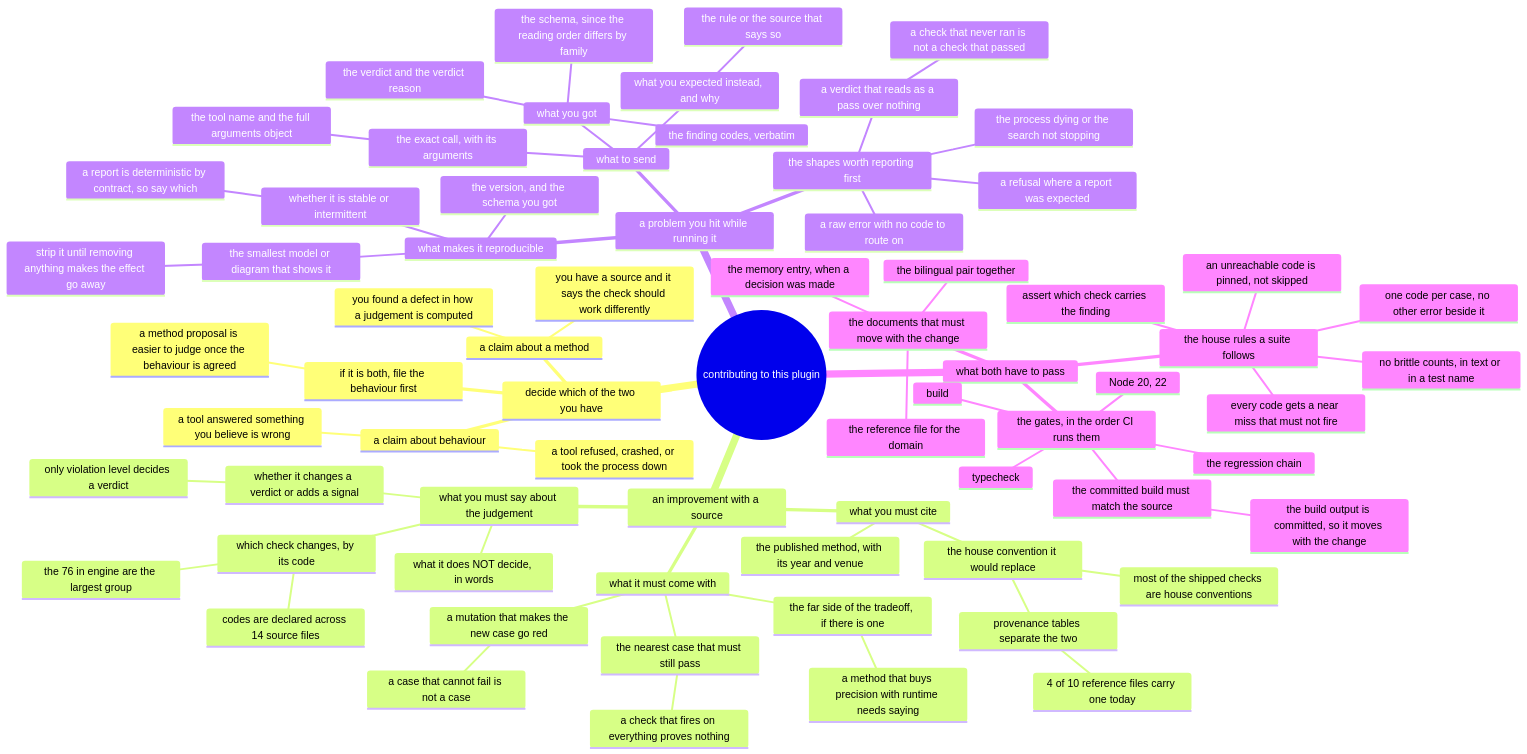
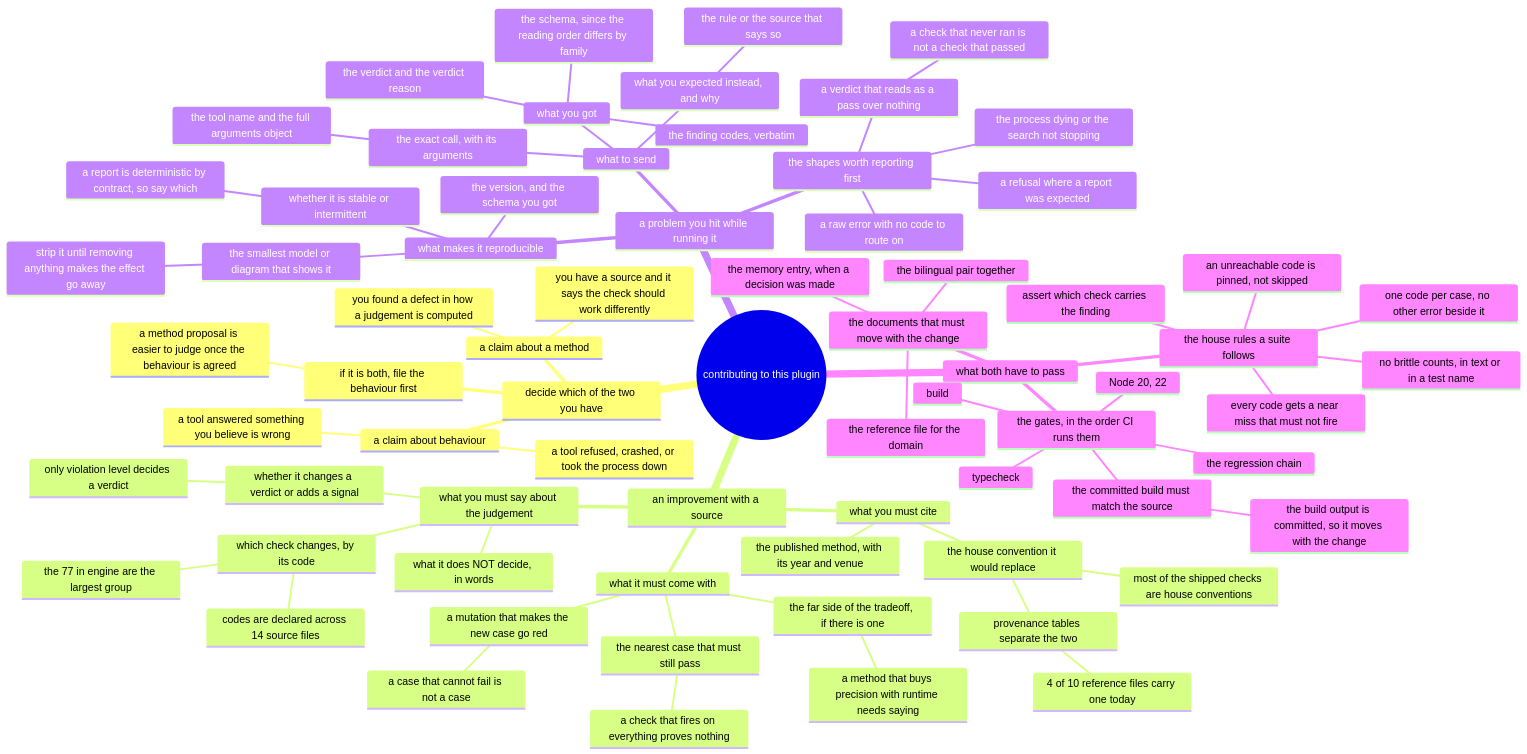
Before and after one commit to AmethystLuna/dsh-model-everything: the diagram in docs/contributing/mindmap.mmd, drawn with Mermaid. The commit also changed 4 other files, not shown here.

```diff
--- a/docs/contributing/mindmap.mmd
+++ b/docs/contributing/mindmap.mmd
@@ -1,72 +1,72 @@
 mindmap
 root((contributing to this plugin))
   decide which of the two you have
     a claim about a method
       you have a source and it says the check should work differently
       you found a defect in how a judgement is computed
     a claim about behaviour
       a tool answered something you believe is wrong
       a tool refused, crashed, or took the process down
     if it is both, file the behaviour first
       a method proposal is easier to judge once the behaviour is agreed
   an improvement with a source
     what you must cite
       the published method, with its year and venue
       the house convention it would replace
         provenance tables separate the two
           4 of 10 reference files carry one today
         most of the shipped checks are house conventions
     what you must say about the judgement
       which check changes, by its code
         codes are declared across 14 source files
-        the 76 in engine are the largest group
+        the 77 in engine are the largest group
       whether it changes a verdict or adds a signal
         only violation level decides a verdict
       what it does NOT decide, in words
     what it must come with
       the nearest case that must still pass
         a check that fires on everything proves nothing
       a mutation that makes the new case go red
         a case that cannot fail is not a case
       the far side of the tradeoff, if there is one
         a method that buys precision with runtime needs saying
   a problem you hit while running it
     what to send
       the exact call, with its arguments
         the tool name and the full arguments object
       what you got
         the verdict and the verdict reason
         the finding codes, verbatim
         the schema, since the reading order differs by family
       what you expected instead, and why
         the rule or the source that says so
     the shapes worth reporting first
       a verdict that reads as a pass over nothing
         a check that never ran is not a check that passed
       a refusal where a report was expected
       a raw error with no code to route on
       the process dying or the search not stopping
     what makes it reproducible
       the smallest model or diagram that shows it
         strip it until removing anything makes the effect go away
       the version, and the schema you got
       whether it is stable or intermittent
         a report is deterministic by contract, so say which
   what both have to pass
     the gates, in the order CI runs them
       Node 20, 22
       typecheck
       build
       the regression chain
       the committed build must match the source
         the build output is committed, so it moves with the change
     the house rules a suite follows
       one code per case, no other error beside it
       assert which check carries the finding
       every code gets a near miss that must not fire
       an unreachable code is pinned, not skipped
       no brittle counts, in text or in a test name
     the documents that must move with the change
       the reference file for the domain
       the memory entry, when a decision was made
       the bilingual pair together
```
